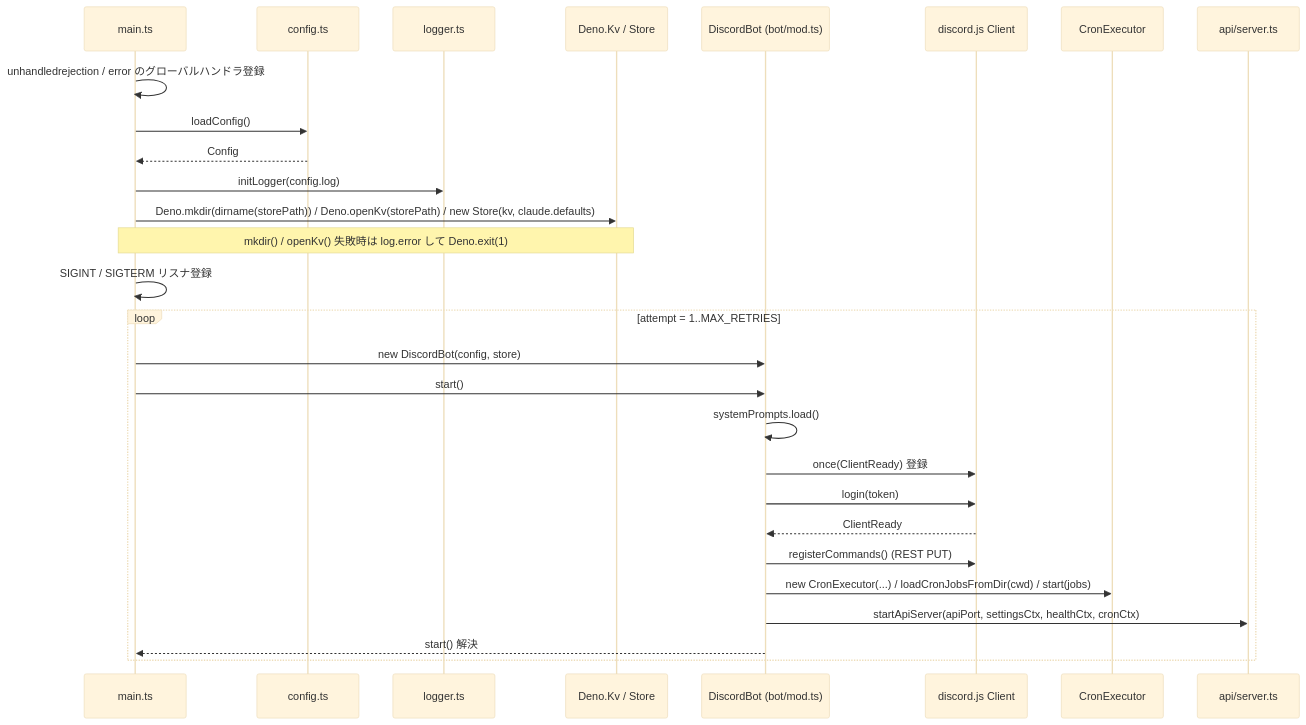
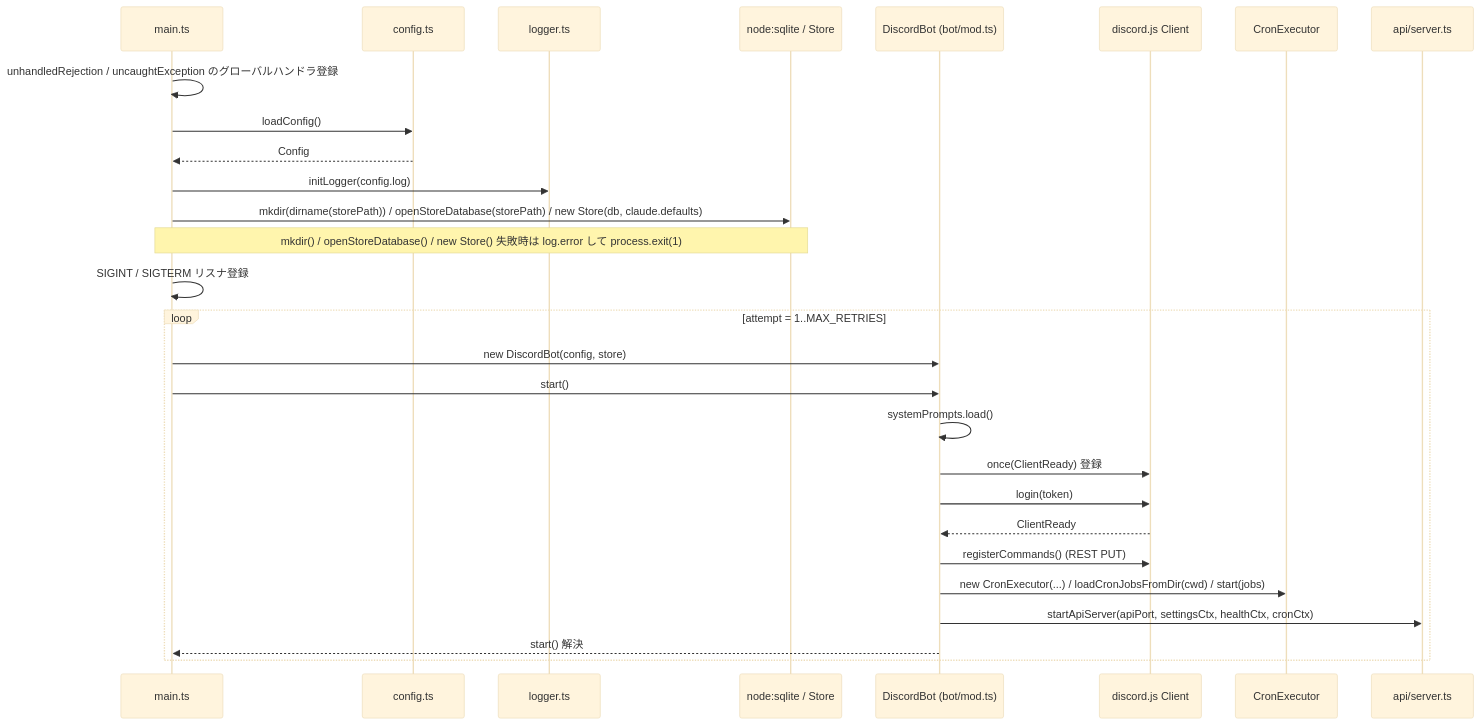
Before and after one commit to ansanloms/loms-claw: the diagram in docs/architecture/lifecycle.md, drawn with Mermaid (base theme). The commit also changed other lines of this file and 88 other files, not shown here.

First line of the commit message:
build: ランタイムを Deno から Node.js 24 へ移行 (#191)

````diff
--- a/docs/architecture/lifecycle.md
+++ b/docs/architecture/lifecycle.md
@@ -9,31 +9,31 @@
 ```mermaid
 sequenceDiagram
     participant M as main.ts
     participant C as config.ts
     participant L as logger.ts
-    participant KV as Deno.Kv / Store
+    participant KV as node:sqlite / Store
     participant B as DiscordBot (bot/mod.ts)
     participant D as discord.js Client
     participant X as CronExecutor
     participant A as api/server.ts
 
-    M->>M: unhandledrejection / error のグローバルハンドラ登録
+    M->>M: unhandledRejection / uncaughtException のグローバルハンドラ登録
     M->>C: loadConfig()
     C-->>M: Config
     M->>L: initLogger(config.log)
-    M->>KV: Deno.mkdir(dirname(storePath)) / Deno.openKv(storePath) / new Store(kv, claude.defaults)
-    Note over M,KV: mkdir() / openKv() 失敗時は log.error して Deno.exit(1)
+    M->>KV: mkdir(dirname(storePath)) / openStoreDatabase(storePath) / new Store(db, claude.defaults)
+    Note over M,KV: mkdir() / openStoreDatabase() / new Store() 失敗時は log.error して process.exit(1)
     M->>M: SIGINT / SIGTERM リスナ登録
     loop attempt = 1..MAX_RETRIES
         M->>B: new DiscordBot(config, store)
         M->>B: start()
         B->>B: systemPrompts.load()
         B->>D: once(ClientReady) 登録
         B->>D: login(token)
         D-->>B: ClientReady
         B->>D: registerCommands() (REST PUT)
         B->>X: new CronExecutor(...) / loadCronJobsFromDir(cwd) / start(jobs)
         B->>A: startApiServer(apiPort, settingsCtx, healthCtx, cronCtx)
         B-->>M: start() 解決
     end
 ```
````
